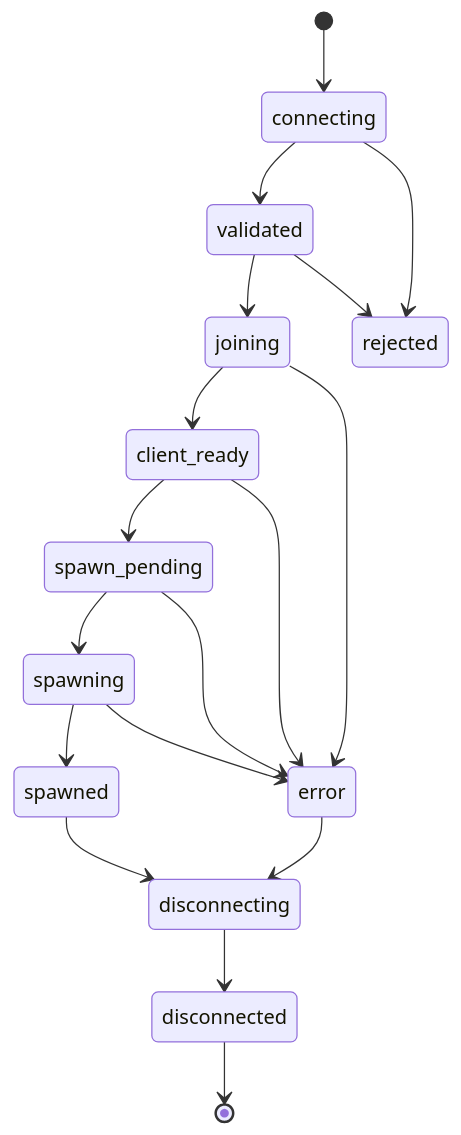
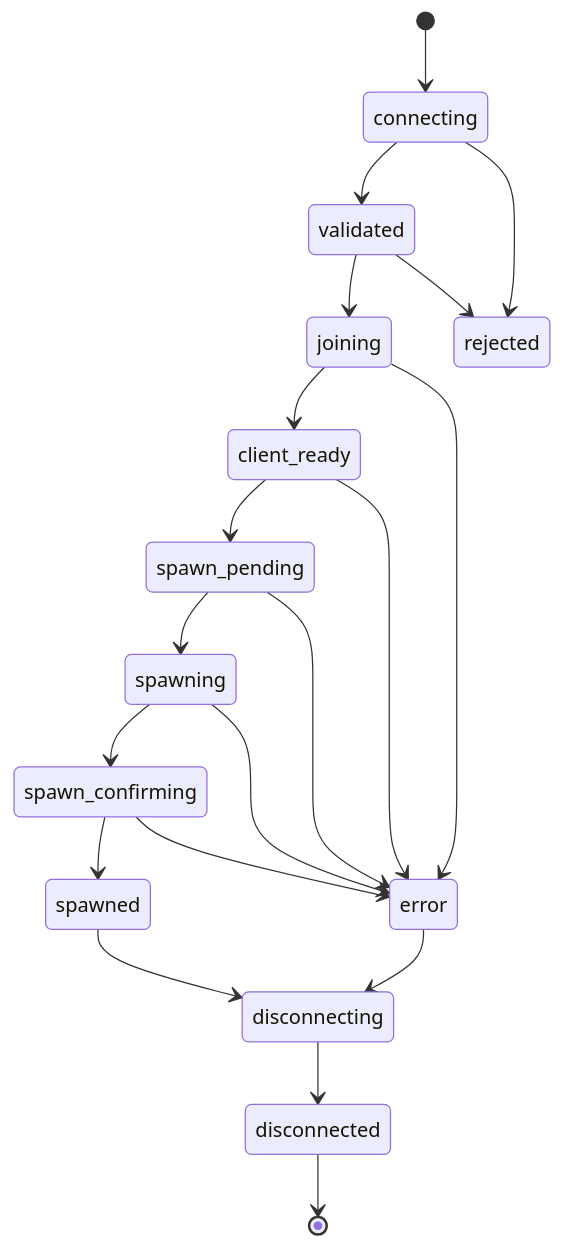
Before and after one commit to chel38/GCore: the diagram in docs/diagrams/player-lifecycle.md, drawn with Mermaid. The commit also changed other lines of this file and 64 other files, not shown here.

````diff
--- a/docs/diagrams/player-lifecycle.md
+++ b/docs/diagrams/player-lifecycle.md
@@ -5,21 +5,23 @@
 ```mermaid
 stateDiagram-v2
     [*] --> connecting
     connecting --> validated
     validated --> joining
     joining --> client_ready
     client_ready --> spawn_pending
     spawn_pending --> spawning
-    spawning --> spawned
+    spawning --> spawn_confirming
+    spawn_confirming --> spawned
     spawned --> disconnecting
     disconnecting --> disconnected
     disconnected --> [*]
 
     connecting --> rejected
     validated --> rejected
     joining --> error
     client_ready --> error
     spawn_pending --> error
     spawning --> error
+    spawn_confirming --> error
     error --> disconnecting
 ```
````
